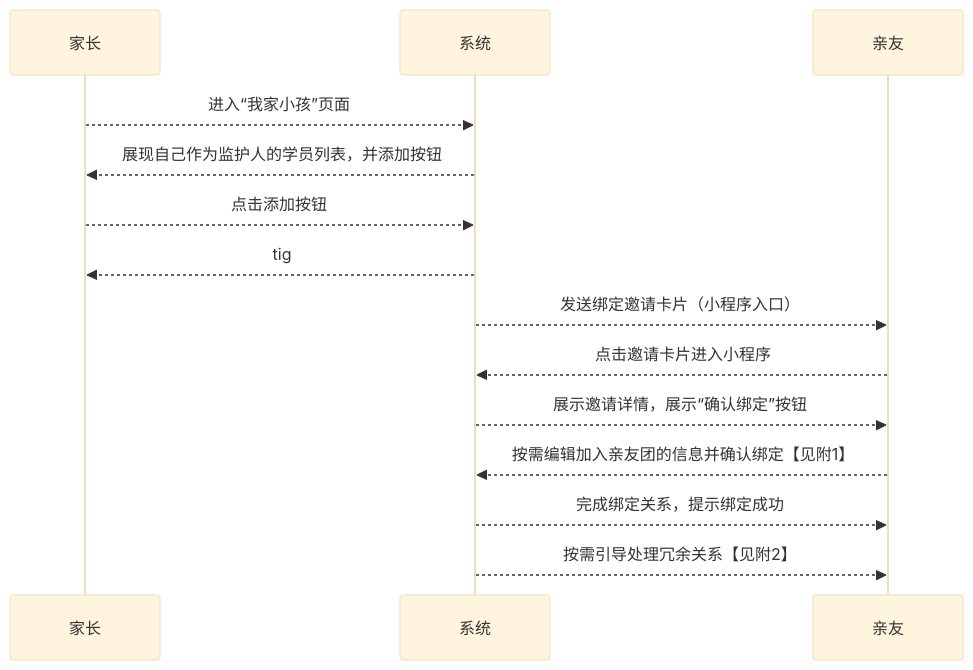
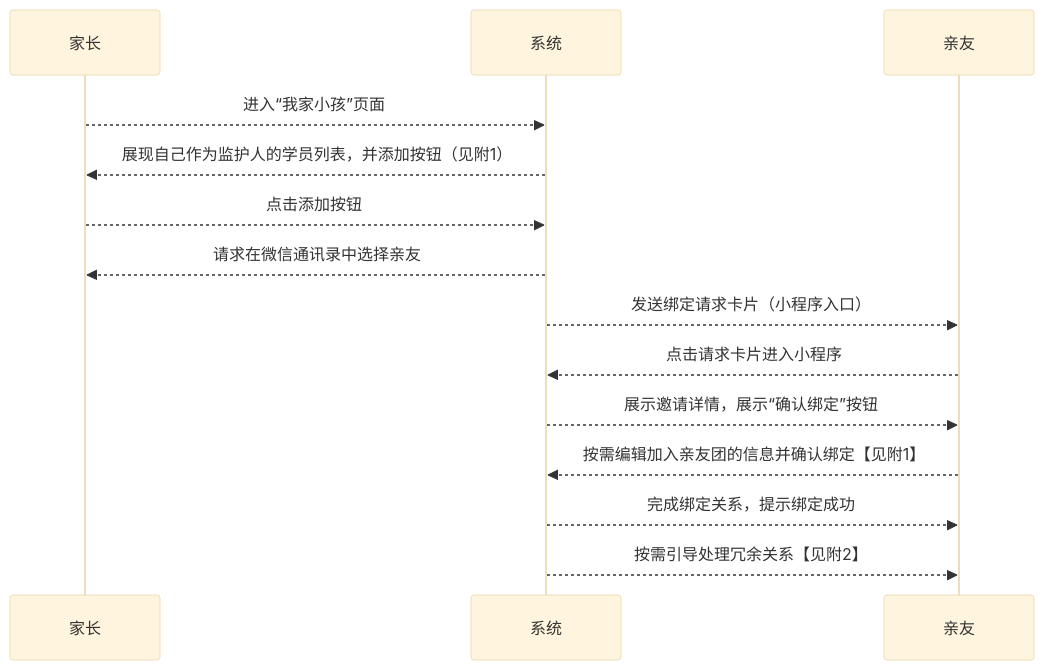
Before and after one commit to world-wide-web/sign: the second of 2 diagrams in 用例/家长-学员关系绑定.md, drawn with Mermaid (base theme). The commit also changed other lines of this file, not shown here.

````diff
--- a/用例/家长-学员关系绑定.md
+++ b/用例/家长-学员关系绑定.md
@@ -41,24 +41,24 @@
 ```mermaid
 sequenceDiagram
 
 家长-->>系统: 进入“我家小孩”页面
 
-系统-->>家长: 展现自己作为监护人的学员列表，并添加按钮
+系统-->>家长: 展现自己作为监护人的学员列表，并添加按钮（见附1）
 
 家长-->>系统: 点击添加按钮
 
-系统-->>家长: tig
+系统-->>家长: 请求在微信通讯录中选择亲友
 
-系统-->>亲友: 发送绑定邀请卡片（小程序入口）
+系统-->>亲友: 发送绑定请求卡片（小程序入口）
 
-亲友-->>系统: 点击邀请卡片进入小程序
+亲友-->>系统: 点击请求卡片进入小程序
 
 系统-->>亲友: 展示邀请详情，展示“确认绑定”按钮
 
 亲友-->>系统: 按需编辑加入亲友团的信息并确认绑定【见附1】
 
 系统-->>亲友: 完成绑定关系，提示绑定成功
 
 系统-->>亲友: 按需引导处理冗余关系【见附2】
 
 ```
````
